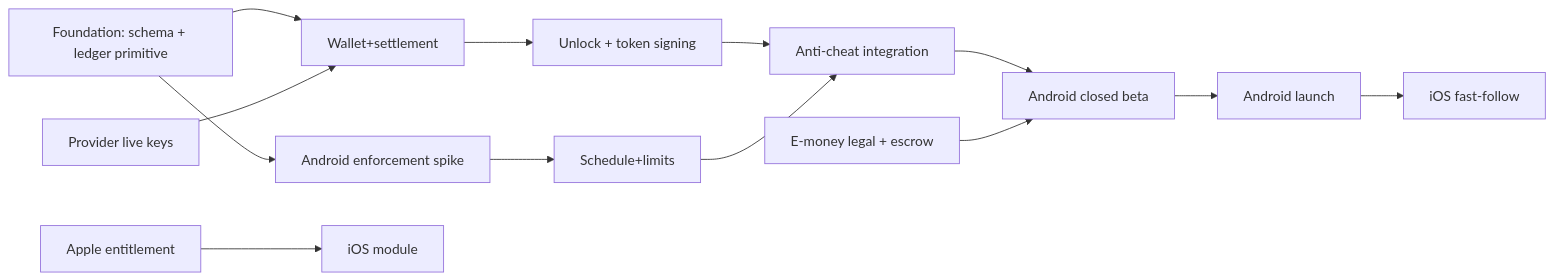
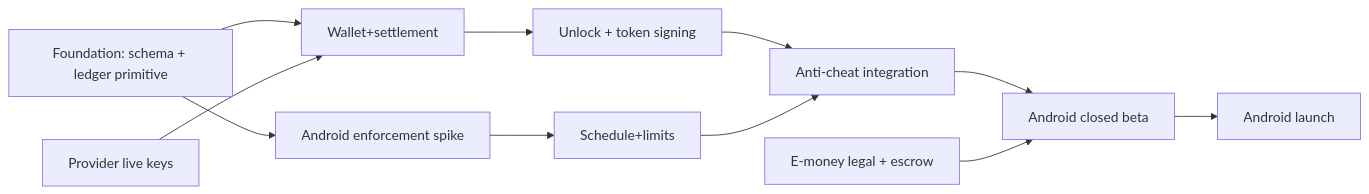
One commit to JEEVANRAWAL/stake-app-doc changed the second of 2 diagrams in docs/project/delivery-plan.md. Above: the diagram before and after it, drawn with Mermaid. The commit also changed other lines of this file and 6 other files, not shown here.

Commit message:
Re-scope docs to Android-only; defer iOS (banners + blockers/roadmap/team/milestones/risks/open-decisions)

````diff
--- a/docs/project/delivery-plan.md
+++ b/docs/project/delivery-plan.md
@@ -90,14 +92,13 @@
 ```mermaid
 flowchart LR
     F[Foundation: schema + ledger primitive] --> M1[Wallet+settlement]
     F --> A1[Android enforcement spike]
     M1 --> M2[Unlock + token signing]
     A1 --> A2[Schedule+limits]
     M2 & A2 --> AC[Anti-cheat integration]
     AC --> BETA[Android closed beta]
     LEGAL[E-money legal + escrow] --> BETA
     PROV[Provider live keys] --> M1
-    APPLE[Apple entitlement] --> IOS[iOS module]
     BETA --> LAUNCH[Android launch]
-    LAUNCH --> IOS_FF[iOS fast-follow]
+    %% iOS deferred — Apple entitlement + iOS module are a fast-follow, out of the active critical path
 ```
````
